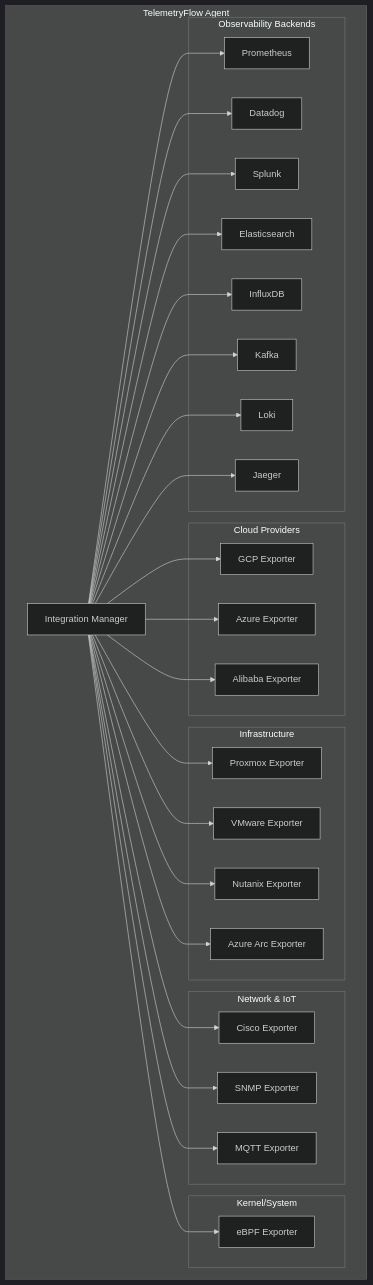
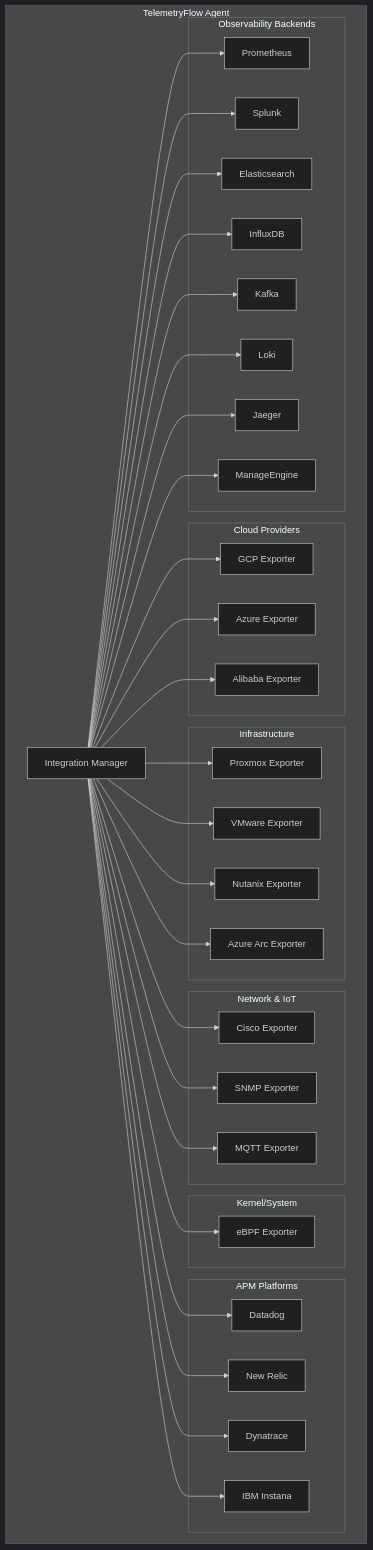
Before and after one commit to telemetryflow/telemetryflow-agent: the first of 4 diagrams in docs/integrations/README.md, drawn with Mermaid (dark theme). The commit also changed other lines of this file and 56 other files, not shown here.

````diff
--- a/docs/integrations/README.md
+++ b/docs/integrations/README.md
@@ -9,46 +9,54 @@
 ```mermaid
 flowchart TB
     subgraph "TelemetryFlow Agent"
         IM[Integration Manager]
 
         subgraph "Cloud Providers"
             GCP[GCP Exporter]
             AZURE[Azure Exporter]
             ALIBABA[Alibaba Exporter]
         end
 
         subgraph "Infrastructure"
             PROXMOX[Proxmox Exporter]
             VMWARE[VMware Exporter]
             NUTANIX[Nutanix Exporter]
             AZUREARC[Azure Arc Exporter]
         end
 
         subgraph "Network & IoT"
             CISCO[Cisco Exporter]
             SNMP[SNMP Exporter]
             MQTT[MQTT Exporter]
         end
 
         subgraph "Kernel/System"
             EBPF[eBPF Exporter]
         end
 
+        subgraph "APM Platforms"
+            DD[Datadog]
+            NR[New Relic]
+            DT[Dynatrace]
+            INST[IBM Instana]
+        end
+
         subgraph "Observability Backends"
             PROM[Prometheus]
-            DD[Datadog]
             SPLUNK[Splunk]
             ES[Elasticsearch]
             INFLUX[InfluxDB]
             KAFKA[Kafka]
             LOKI[Loki]
             JAEGER[Jaeger]
+            ME[ManageEngine]
         end
     end
 
     IM --> GCP & AZURE & ALIBABA
     IM --> PROXMOX & VMWARE & NUTANIX & AZUREARC
     IM --> CISCO & SNMP & MQTT
     IM --> EBPF
-    IM --> PROM & DD & SPLUNK & ES & INFLUX & KAFKA & LOKI & JAEGER
+    IM --> DD & NR & DT & INST
+    IM --> PROM & SPLUNK & ES & INFLUX & KAFKA & LOKI & JAEGER & ME
 ```
````
